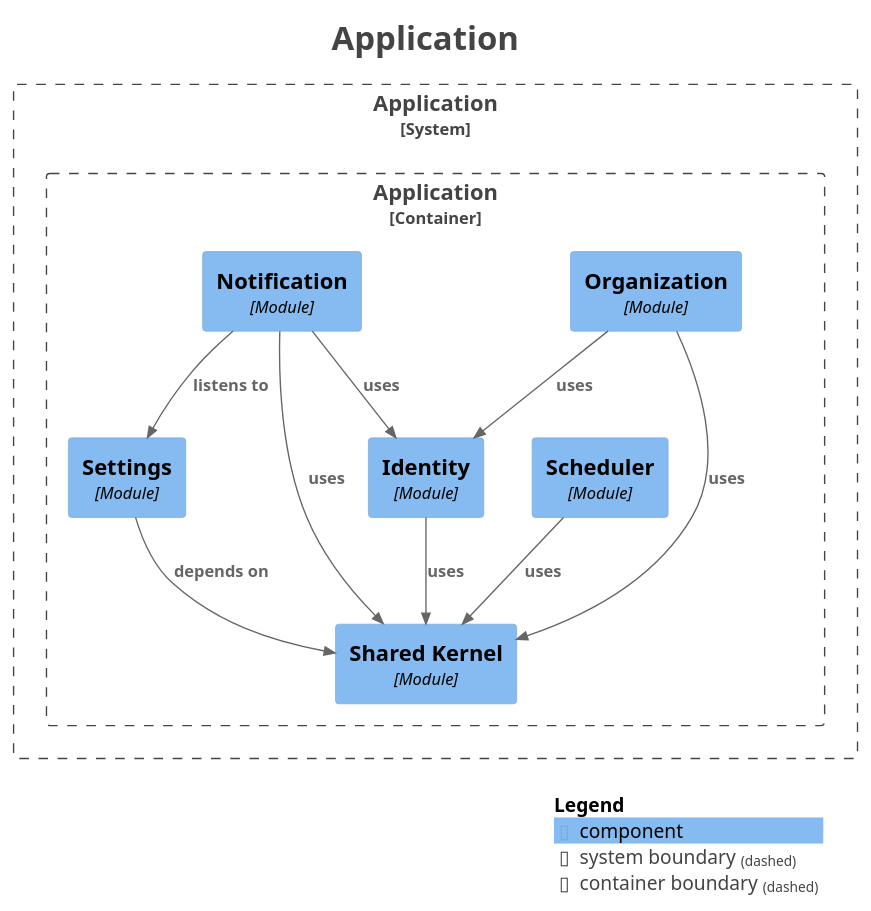
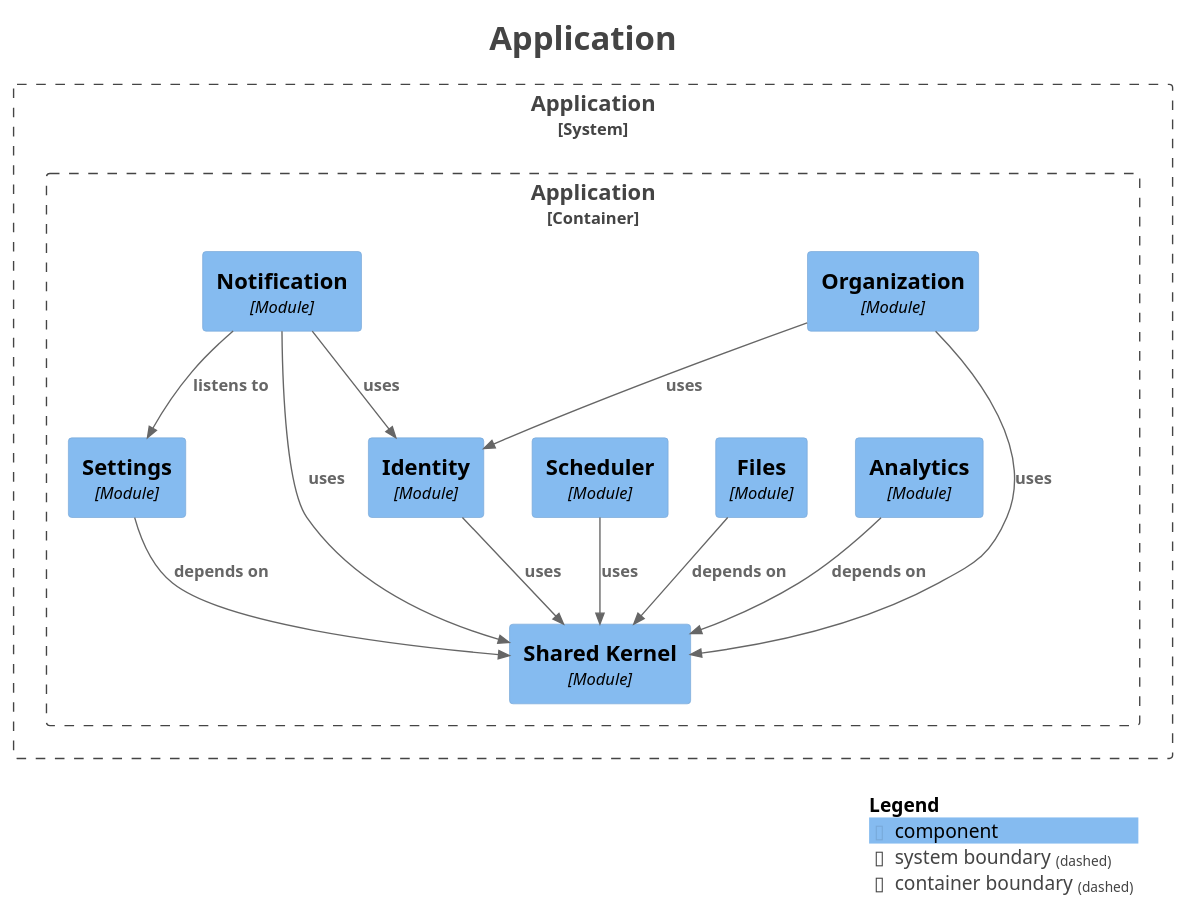
Before and after one commit to Paul-Ayesiga/enterprise-modulith-template: the diagram in docs/modulith/components.puml, drawn with PlantUML. The commit also changed 16 other files, not shown here.

First line of the commit message:
feat(files,scheduler,analytics): add REST surfaces

```diff
--- a/docs/modulith/components.puml
+++ b/docs/modulith/components.puml
@@ -1,41 +1,45 @@
 @startuml
 title <size:24>Application</size>
 
 set separator none
 top to bottom direction
 
 <style>
   root {
     BackgroundColor: #ffffff
     FontColor: #444444
   }
 </style>
 
 !include <C4/C4>
 !include <C4/C4_Context>
 !include <C4/C4_Component>
 
 System_Boundary("Application_boundary", "Application", $tags="") {
   Container_Boundary("Application.Application_boundary", "Application", $tags="") {
     Component(Application.Application.Organization, "Organization", $techn="Module", $descr="", $tags="", $link="")
     Component(Application.Application.SharedKernel, "Shared Kernel", $techn="Module", $descr="", $tags="", $link="")
+    Component(Application.Application.Analytics, "Analytics", $techn="Module", $descr="", $tags="", $link="")
+    Component(Application.Application.Files, "Files", $techn="Module", $descr="", $tags="", $link="")
     Component(Application.Application.Identity, "Identity", $techn="Module", $descr="", $tags="", $link="")
     Component(Application.Application.Scheduler, "Scheduler", $techn="Module", $descr="", $tags="", $link="")
     Component(Application.Application.Settings, "Settings", $techn="Module", $descr="", $tags="", $link="")
     Component(Application.Application.Notification, "Notification", $techn="Module", $descr="", $tags="", $link="")
   }
 
 }
 
+Rel(Application.Application.Organization, Application.Application.Identity, "uses", $techn="", $tags="", $link="")
+Rel(Application.Application.Organization, Application.Application.SharedKernel, "uses", $techn="", $tags="", $link="")
 Rel(Application.Application.Identity, Application.Application.SharedKernel, "uses", $techn="", $tags="", $link="")
+Rel(Application.Application.Scheduler, Application.Application.SharedKernel, "uses", $techn="", $tags="", $link="")
+Rel(Application.Application.Analytics, Application.Application.SharedKernel, "depends on", $techn="", $tags="", $link="")
+Rel(Application.Application.Files, Application.Application.SharedKernel, "depends on", $techn="", $tags="", $link="")
 Rel(Application.Application.Notification, Application.Application.Settings, "listens to", $techn="", $tags="", $link="")
 Rel(Application.Application.Notification, Application.Application.SharedKernel, "uses", $techn="", $tags="", $link="")
 Rel(Application.Application.Notification, Application.Application.Identity, "uses", $techn="", $tags="", $link="")
 Rel(Application.Application.Settings, Application.Application.SharedKernel, "depends on", $techn="", $tags="", $link="")
-Rel(Application.Application.Organization, Application.Application.Identity, "uses", $techn="", $tags="", $link="")
-Rel(Application.Application.Organization, Application.Application.SharedKernel, "uses", $techn="", $tags="", $link="")
-Rel(Application.Application.Scheduler, Application.Application.SharedKernel, "uses", $techn="", $tags="", $link="")
 
 SHOW_LEGEND(true)
 hide stereotypes
 @enduml
```
